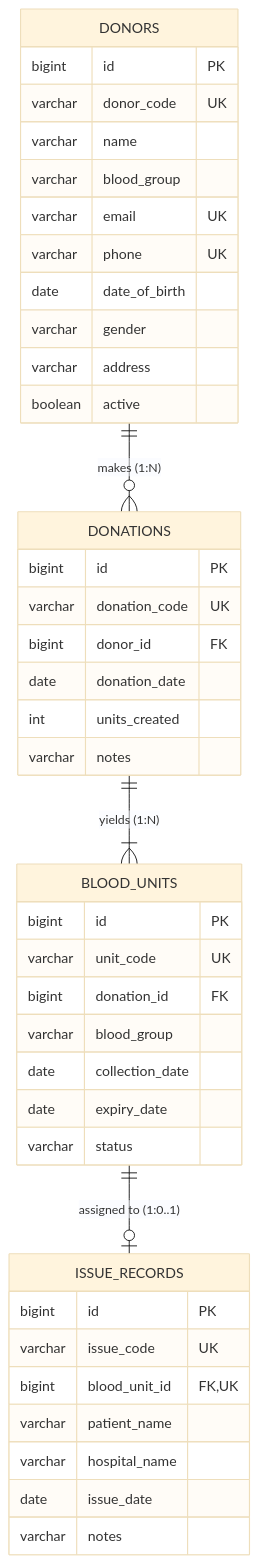
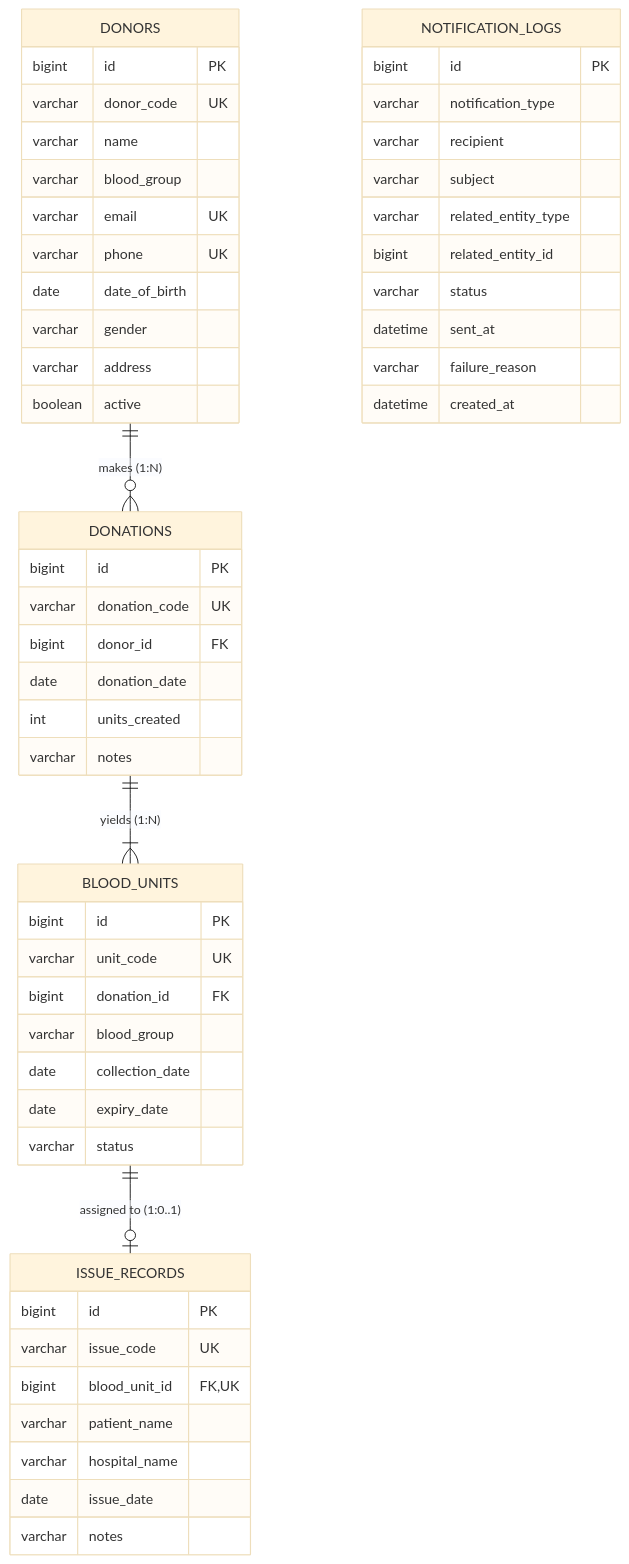
Before and after one commit to jagetheswaren/bloodbank: the diagram in README.md, drawn with Mermaid (base theme). The commit also changed other lines of this file and 9 other files, not shown here.

````diff
--- a/README.md
+++ b/README.md
@@ -91,48 +91,61 @@
 ```mermaid
 erDiagram
     DONORS ||--o{ DONATIONS : "makes (1:N)"
     DONATIONS ||--|{ BLOOD_UNITS : "yields (1:N)"
     BLOOD_UNITS ||--o| ISSUE_RECORDS : "assigned to (1:0..1)"
 
     DONORS {
         bigint id PK
         varchar donor_code UK
         varchar name
         varchar blood_group
         varchar email UK
         varchar phone UK
         date date_of_birth
         varchar gender
         varchar address
         boolean active
     }
 
     DONATIONS {
         bigint id PK
         varchar donation_code UK
         bigint donor_id FK
         date donation_date
         int units_created
         varchar notes
     }
 
     BLOOD_UNITS {
         bigint id PK
         varchar unit_code UK
         bigint donation_id FK
         varchar blood_group
         date collection_date
         date expiry_date
         varchar status
     }
 
     ISSUE_RECORDS {
         bigint id PK
         varchar issue_code UK
         bigint blood_unit_id FK,UK
         varchar patient_name
         varchar hospital_name
         date issue_date
         varchar notes
     }
+
+    NOTIFICATION_LOGS {
+        bigint id PK
+        varchar notification_type
+        varchar recipient
+        varchar subject
+        varchar related_entity_type
+        bigint related_entity_id
+        varchar status
+        datetime sent_at
+        varchar failure_reason
+        datetime created_at
+    }
 ```
````
